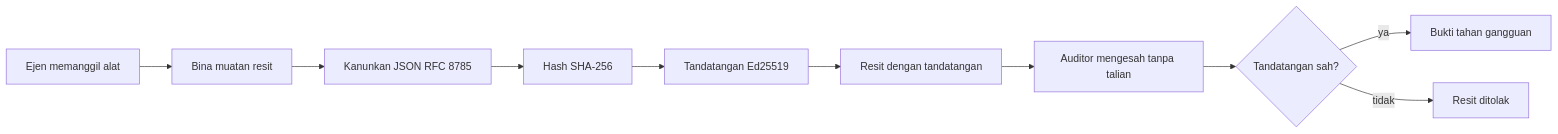
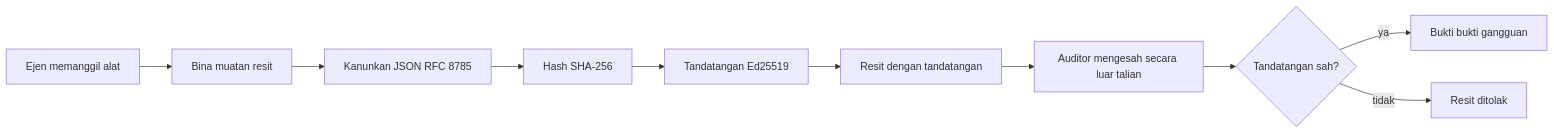
One commit to gabrielmoreira/agent-skills-mirror changed the first of 2 diagrams in mirrors/repos/microsoft@ai-agents-for-beginners/translations/ms/18-securing-ai-agents/README.md. Above: the diagram before and after it, drawn with Mermaid. The commit also changed other lines of this file and 2285 other files, not shown here.

````diff
--- a/mirrors/repos/microsoft@ai-agents-for-beginners/translations/ms/18-securing-ai-agents/README.md
+++ b/mirrors/repos/microsoft@ai-agents-for-beginners/translations/ms/18-securing-ai-agents/README.md
@@ -51,12 +51,12 @@
 ```mermaid
 flowchart LR
     A[Ejen memanggil alat] --> B[Bina muatan resit]
     B --> C[Kanunkan JSON RFC 8785]
     C --> D[Hash SHA-256]
     D --> E[Tandatangan Ed25519]
     E --> F[Resit dengan tandatangan]
-    F --> G[Auditor mengesah tanpa talian]
+    F --> G[Auditor mengesah secara luar talian]
     G --> H{Tandatangan sah?}
-    H -- ya --> I[Bukti tahan gangguan]
+    H -- ya --> I[Bukti bukti gangguan]
     H -- tidak --> J[Resit ditolak]
 ```
````
